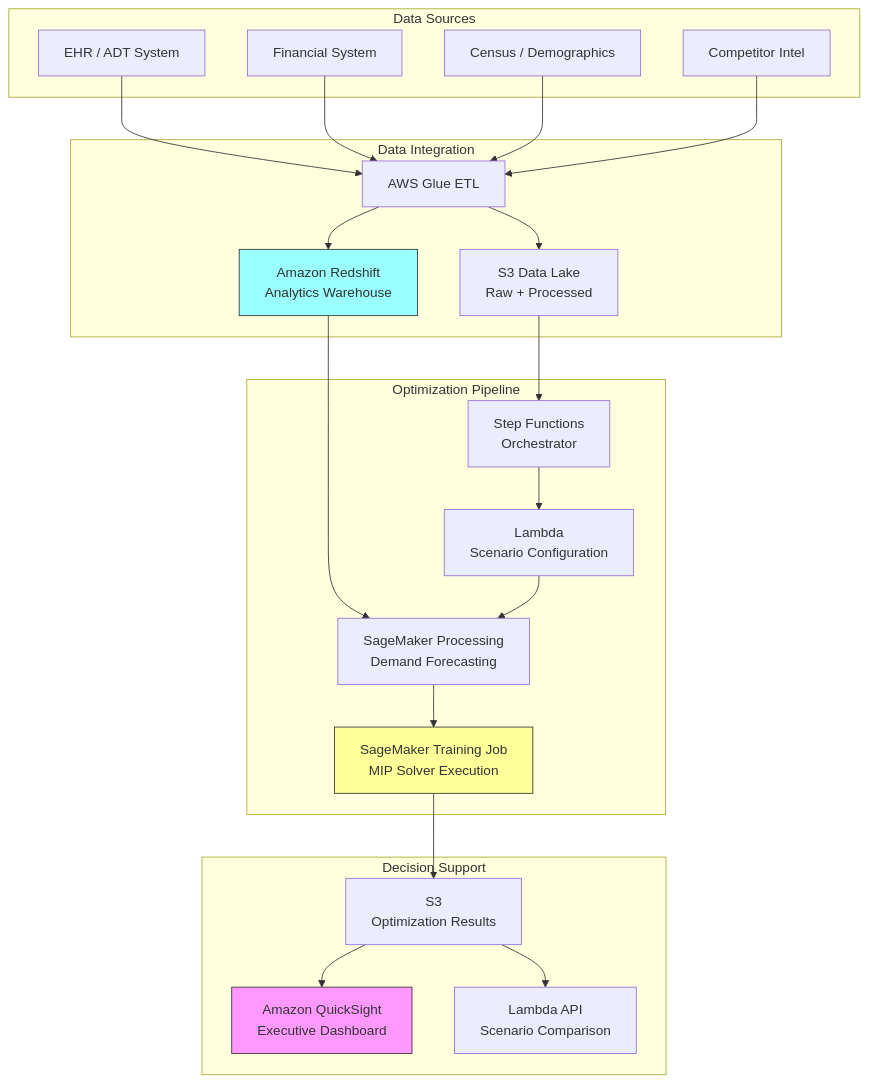
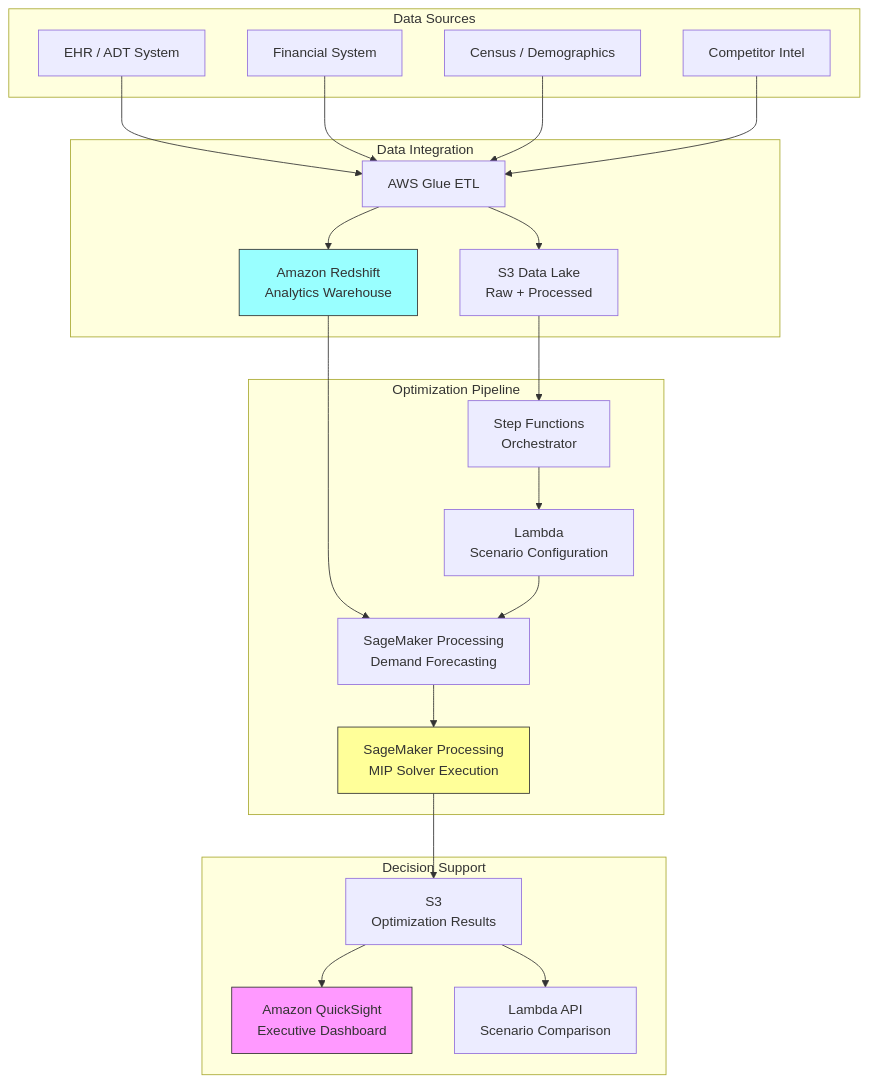
One commit to ccrngd1/HCLS-ai-book changed the diagram in chapter14.10-health-system-network-design.md. Above: the diagram before and after it, drawn with Mermaid. The commit also changed other lines of this file and 6 other files, not shown here.

````diff
--- a/chapter14.10-health-system-network-design.md
+++ b/chapter14.10-health-system-network-design.md
@@ -140,47 +142,47 @@
 ```mermaid
 flowchart TD
     subgraph Data Sources
         A1[EHR / ADT System]
         A2[Financial System]
         A3[Census / Demographics]
         A4[Competitor Intel]
     end
 
     subgraph Data Integration
         B[AWS Glue ETL]
         C[Amazon Redshift\nAnalytics Warehouse]
         D[S3 Data Lake\nRaw + Processed]
     end
 
     subgraph Optimization Pipeline
         E[Step Functions\nOrchestrator]
         F[SageMaker Processing\nDemand Forecasting]
-        G[SageMaker Training Job\nMIP Solver Execution]
+        G[SageMaker Processing\nMIP Solver Execution]
         H[Lambda\nScenario Configuration]
     end
 
     subgraph Decision Support
         I[S3\nOptimization Results]
         J[Amazon QuickSight\nExecutive Dashboard]
         K[Lambda API\nScenario Comparison]
     end
 
     A1 --> B
     A2 --> B
     A3 --> B
     A4 --> B
     B --> C
     B --> D
     D --> E
     C --> F
     E --> H
     H --> F
     F --> G
     G --> I
     I --> J
     I --> K
 
     style G fill:#ff9,stroke:#333
     style C fill:#9ff,stroke:#333
     style J fill:#f9f,stroke:#333
 ```
````
